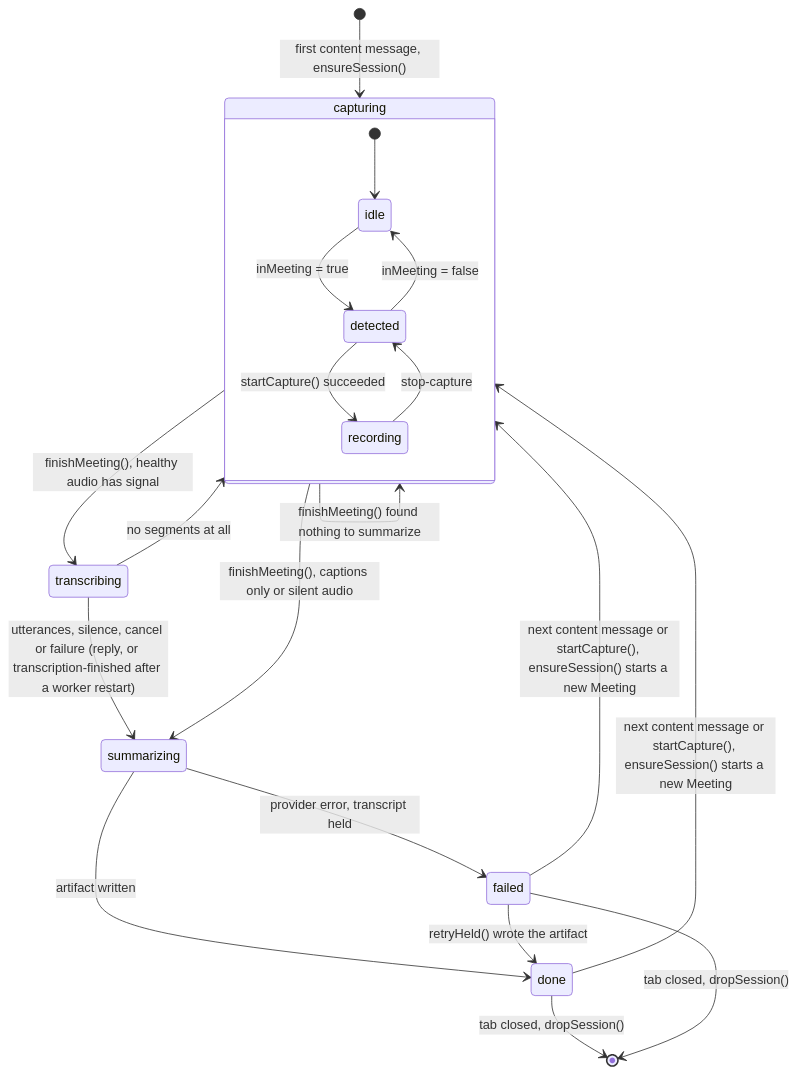
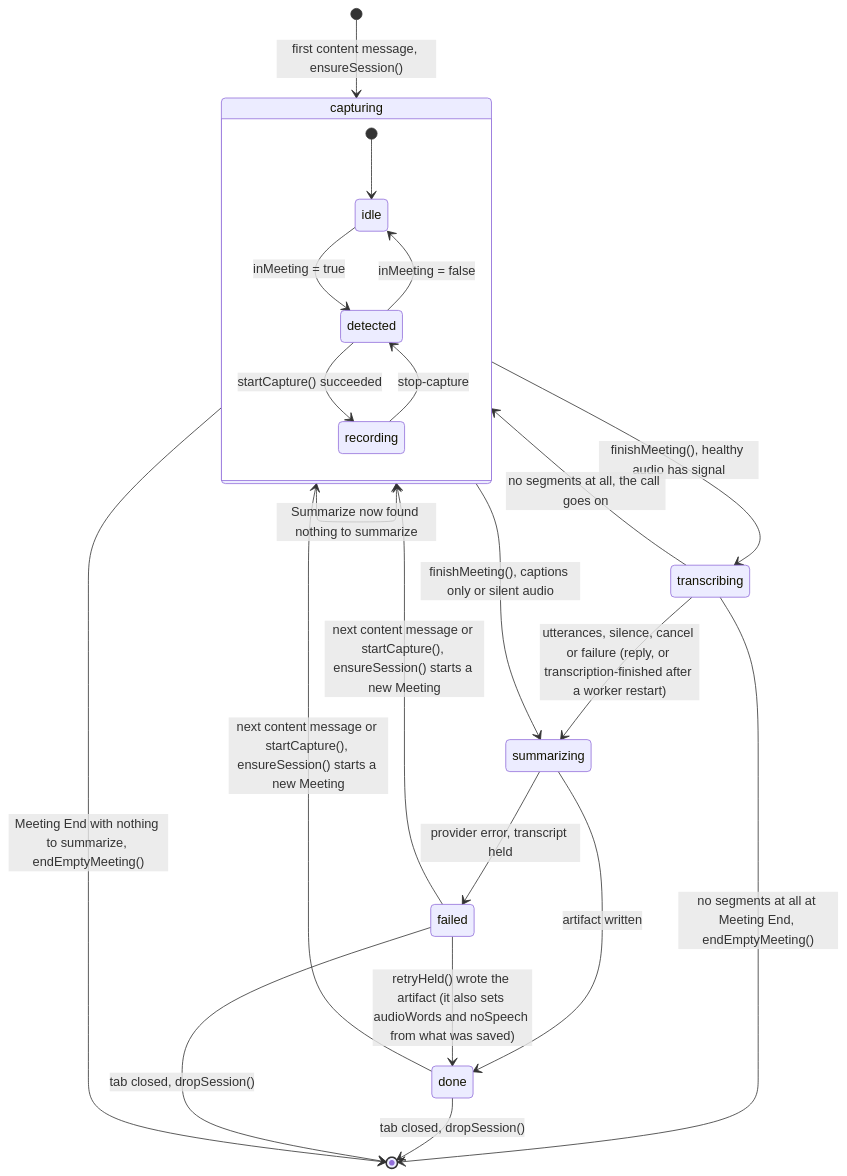
One commit to dominic676767/meeting-summarizer changed the fifth of 11 diagrams in docs/ARCHITECTURE.md. Above: the diagram before and after it, drawn with Mermaid. The commit also changed other lines of this file and 3 other files, not shown here.

First line of the commit message:
Show recovered audio after a retry, and end an empty Meeting at Meeting End

````diff
--- a/docs/ARCHITECTURE.md
+++ b/docs/ARCHITECTURE.md
@@ -329,25 +329,27 @@
 ```mermaid
 stateDiagram-v2
     [*] --> capturing: first content message, ensureSession()
 
     state capturing {
         [*] --> idle
         idle --> detected: inMeeting = true
         detected --> recording: startCapture() succeeded
         recording --> detected: stop-capture
         detected --> idle: inMeeting = false
     }
 
     capturing --> transcribing: finishMeeting(), healthy audio has signal
     capturing --> summarizing: finishMeeting(), captions only or silent audio
-    capturing --> capturing: finishMeeting() found nothing to summarize
+    capturing --> capturing: Summarize now found nothing to summarize
+    capturing --> [*]: Meeting End with nothing to summarize, endEmptyMeeting()
     transcribing --> summarizing: utterances, silence, cancel or failure (reply, or transcription-finished after a worker restart)
-    transcribing --> capturing: no segments at all
+    transcribing --> capturing: no segments at all, the call goes on
+    transcribing --> [*]: no segments at all at Meeting End, endEmptyMeeting()
     summarizing --> done: artifact written
     summarizing --> failed: provider error, transcript held
-    failed --> done: retryHeld() wrote the artifact
+    failed --> done: retryHeld() wrote the artifact (it also sets audioWords and noSpeech from what was saved)
     done --> capturing: next content message or startCapture(), ensureSession() starts a new Meeting
     failed --> capturing: next content message or startCapture(), ensureSession() starts a new Meeting
     done --> [*]: tab closed, dropSession()
     failed --> [*]: tab closed, dropSession()
 ```
````
